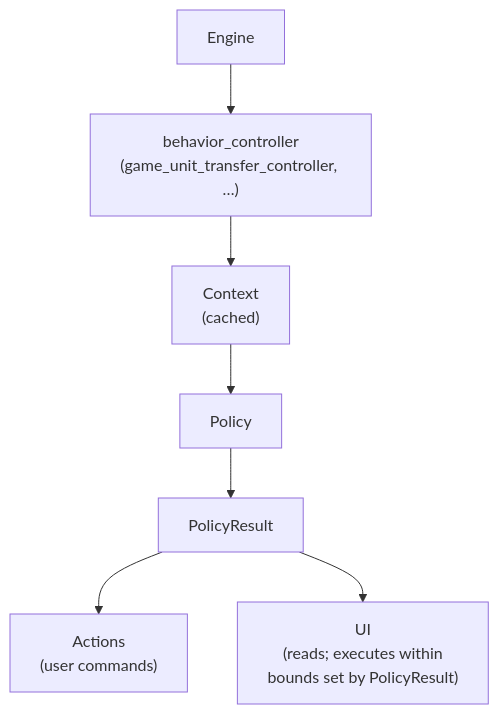
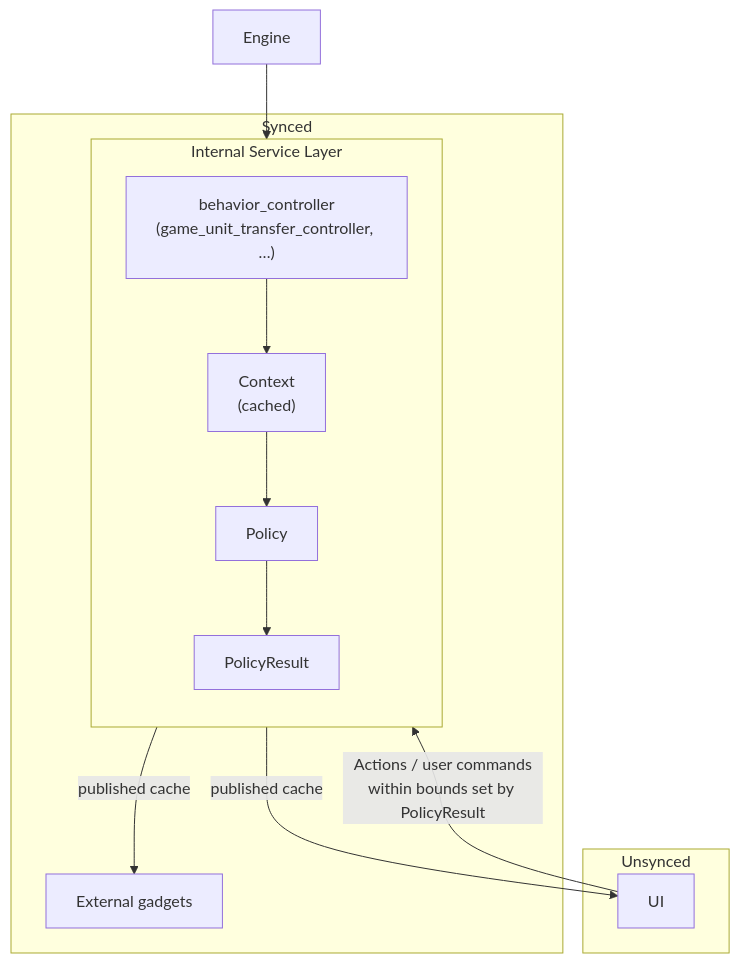
One commit to keithharvey/BAR-Devtools changed the diagram in scripts/sharing-split/descriptions/01-foundations.md. Above: the diagram before and after it, drawn with Mermaid.

Commit message:
01-foundations: mermaid - synced/unsynced boundary, service-layer box, external gadgets + UI as consumers

````diff
--- a/scripts/sharing-split/descriptions/01-foundations.md
+++ b/scripts/sharing-split/descriptions/01-foundations.md
@@ -25,14 +25,25 @@
 ```mermaid
 flowchart TD
     Engine[Engine]
-    Controller["behavior_controller<br/>(game_unit_transfer_controller, …)"]
-    Context["Context<br/>(cached)"]
-    Policy[Policy]
-    Result[PolicyResult]
-    Actions["Actions<br/>(user commands)"]
-    UI["UI<br/>(reads; executes within<br/>bounds set by PolicyResult)"]
 
-    Engine --> Controller --> Context --> Policy --> Result
-    Result --> Actions
-    Result --> UI
+    subgraph Synced
+        subgraph SL["Internal Service Layer"]
+            direction TB
+            Controller["behavior_controller<br/>(game_unit_transfer_controller, …)"]
+            Context["Context<br/>(cached)"]
+            Policy[Policy]
+            Result[PolicyResult]
+            Controller --> Context --> Policy --> Result
+        end
+        Gadgets["External gadgets"]
+    end
+
+    subgraph Unsynced
+        UI[UI]
+    end
+
+    Engine --> Controller
+    Result -->|published cache| Gadgets
+    Result -->|published cache| UI
+    UI -->|Actions / user commands<br/>within bounds set by PolicyResult| Controller
 ```
````
